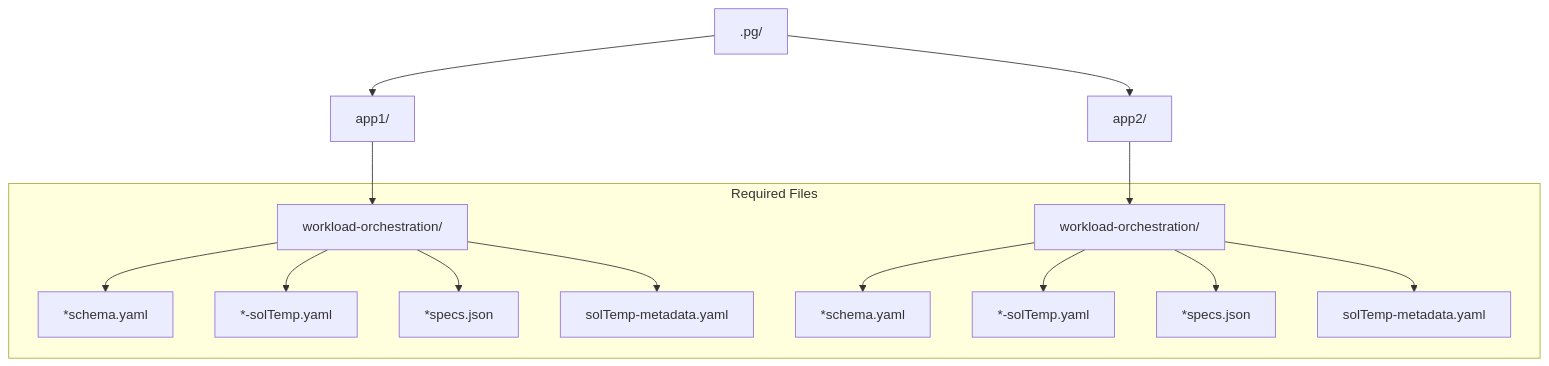
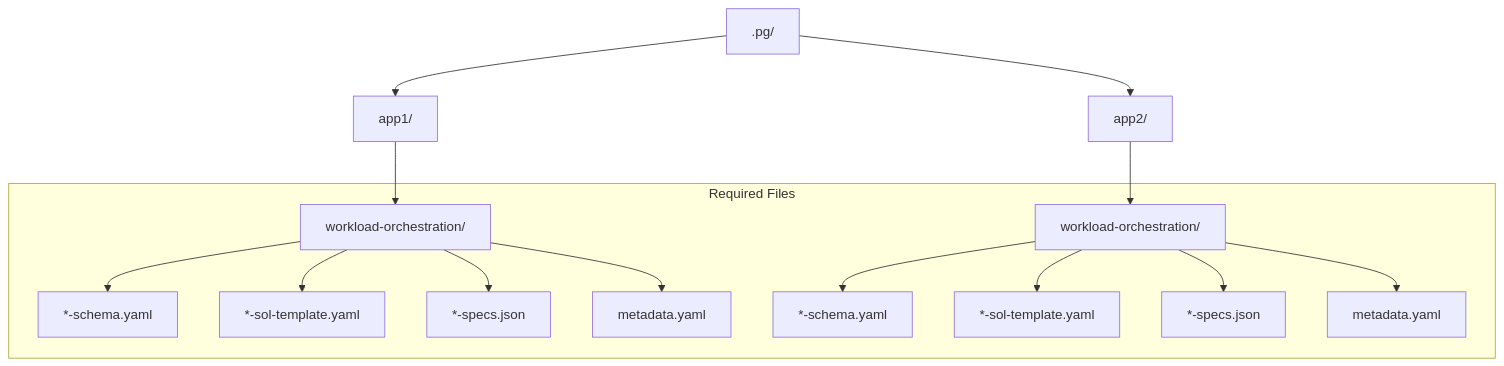
Before and after one commit to wo-ghawfs/wo-temp: the fifth of 6 diagrams in README.md, drawn with Mermaid. The commit also changed other lines of this file and 1 other file, not shown here.

Commit message:
Update docs and new version for testapp4

````diff
--- a/README.md
+++ b/README.md
@@ -200,18 +200,18 @@
 ```mermaid
 graph TD
     A[.pg/] --> B[app1/]
     A --> C[app2/]
     B --> D[workload-orchestration/]
     C --> E[workload-orchestration/]
     
     subgraph Required Files
-        D --> F[*schema.yaml]
-        D --> G[*-solTemp.yaml]
-        D --> H[*specs.json]
-        D --> I[solTemp-metadata.yaml]
-        E --> J[*schema.yaml]
-        E --> K[*-solTemp.yaml]
-        E --> L[*specs.json]
-        E --> M[solTemp-metadata.yaml]
+        D --> F[*-schema.yaml]
+        D --> G[*-sol-template.yaml]
+        D --> H[*-specs.json]
+        D --> I[metadata.yaml]
+        E --> J[*-schema.yaml]
+        E --> K[*-sol-template.yaml]
+        E --> L[*-specs.json]
+        E --> M[metadata.yaml]
     end
 ```
````
